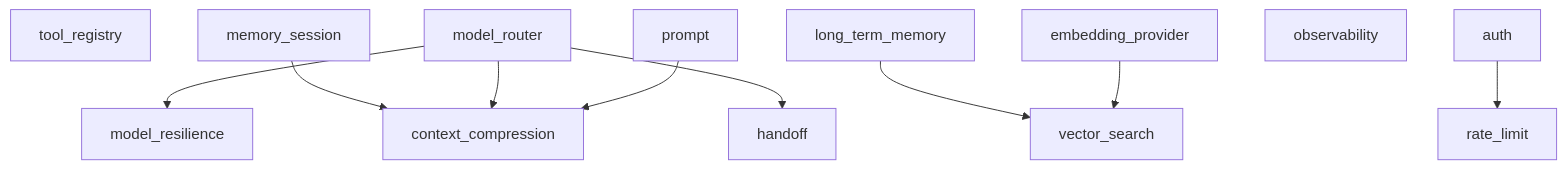
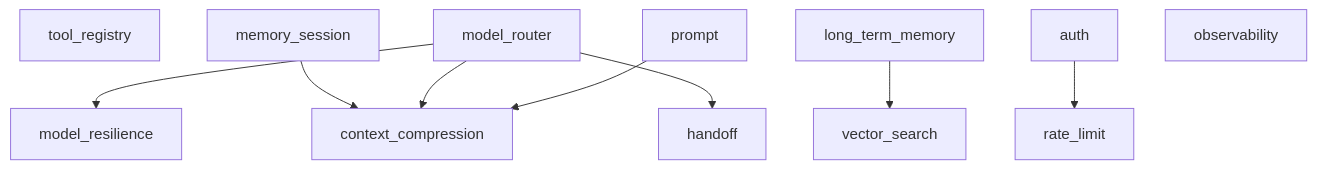
One commit to rnb-tron/openai-agents-harness changed the fifth of 6 diagrams in docs/architecture/ARCHITECTURE_DESIGN.md. Above: the diagram before and after it, drawn with Mermaid. The commit also changed other lines of this file and 67 other files, not shown here.

````diff
--- a/docs/architecture/ARCHITECTURE_DESIGN.md
+++ b/docs/architecture/ARCHITECTURE_DESIGN.md
@@ -307,24 +307,23 @@
 ```mermaid
 flowchart TD
     Tool["tool_registry"]
     Model["model_router"]
     Resilience["model_resilience"]
     MemorySession["memory_session"]
     LongMemory["long_term_memory"]
     Vector["vector_search"]
     Prompt["prompt"]
     Compression["context_compression"]
     Auth["auth"]
     Rate["rate_limit"]
     Obs["observability"]
     Handoff["handoff"]
 
     Model --> Resilience
     MemorySession --> Compression
     Model --> Compression
     LongMemory --> Vector
-    Embedding["embedding_provider"] --> Vector
     Prompt --> Compression
     Auth --> Rate
     Model --> Handoff
 ```
````
